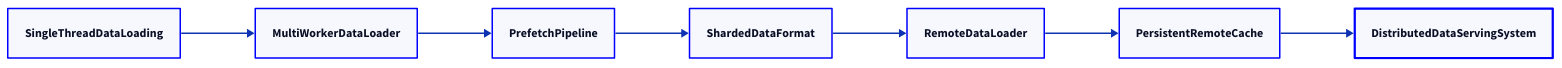
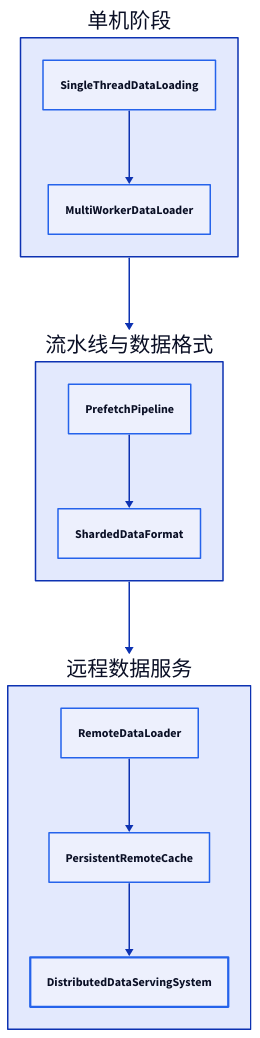
One commit to 111qqz/111qqz.github.io changed the diagram in images/dataloader-to-remote-dataloader/evolution-stages.d2. Above: the diagram before and after it, drawn with D2. The commit also changed 23 other files, not shown here.

Commit message:
feat(diagrams): 重构 12 张过宽配图为纵向/分阶段布局，修正 D2 作用域并按需使用 TALA 111qqz/hugo-blog@0072b7b41add818594301a5db81fbe83de0efd16

```diff
--- a/images/dataloader-to-remote-dataloader/evolution-stages.d2
+++ b/images/dataloader-to-remote-dataloader/evolution-stages.d2
@@ -1,20 +1,29 @@
-direction: right
+direction: down
 
-SingleThreadDataLoading: { style.stroke: blue }
-MultiWorkerDataLoader: { style.stroke: blue }
-PrefetchPipeline: { style.stroke: blue }
-ShardedDataFormat: { style.stroke: blue }
-RemoteDataLoader: { style.stroke: blue }
-PersistentRemoteCache: { style.stroke: blue }
-DistributedDataServingSystem: {
-  style.stroke: blue
-  style.bold: true
-  style.stroke-width: 3
+stage1: 单机阶段 {
+  direction: right
+  SingleThreadDataLoading: { style.stroke: "#2563eb" }
+  MultiWorkerDataLoader: { style.stroke: "#2563eb" }
+  SingleThreadDataLoading -> MultiWorkerDataLoader
 }
 
-SingleThreadDataLoading -> MultiWorkerDataLoader
-MultiWorkerDataLoader -> PrefetchPipeline
-PrefetchPipeline -> ShardedDataFormat
-ShardedDataFormat -> RemoteDataLoader
-RemoteDataLoader -> PersistentRemoteCache
-PersistentRemoteCache -> DistributedDataServingSystem
+stage2: 流水线与数据格式 {
+  direction: right
+  PrefetchPipeline: { style.stroke: "#2563eb" }
+  ShardedDataFormat: { style.stroke: "#2563eb" }
+  PrefetchPipeline -> ShardedDataFormat
+}
+
+stage3: 远程数据服务 {
+  direction: right
+  RemoteDataLoader: { style.stroke: "#2563eb" }
+  PersistentRemoteCache: { style.stroke: "#2563eb" }
+  DistributedDataServingSystem: {
+    style.stroke: "#2563eb"
+    style.bold: true
+    style.stroke-width: 3
+  }
+  RemoteDataLoader -> PersistentRemoteCache -> DistributedDataServingSystem
+}
+
+stage1 -> stage2 -> stage3
```
